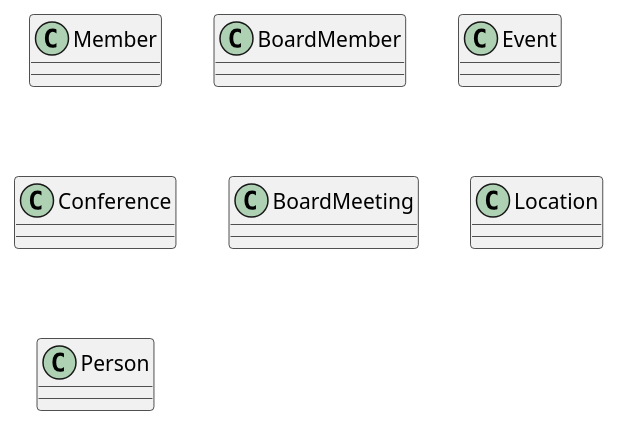
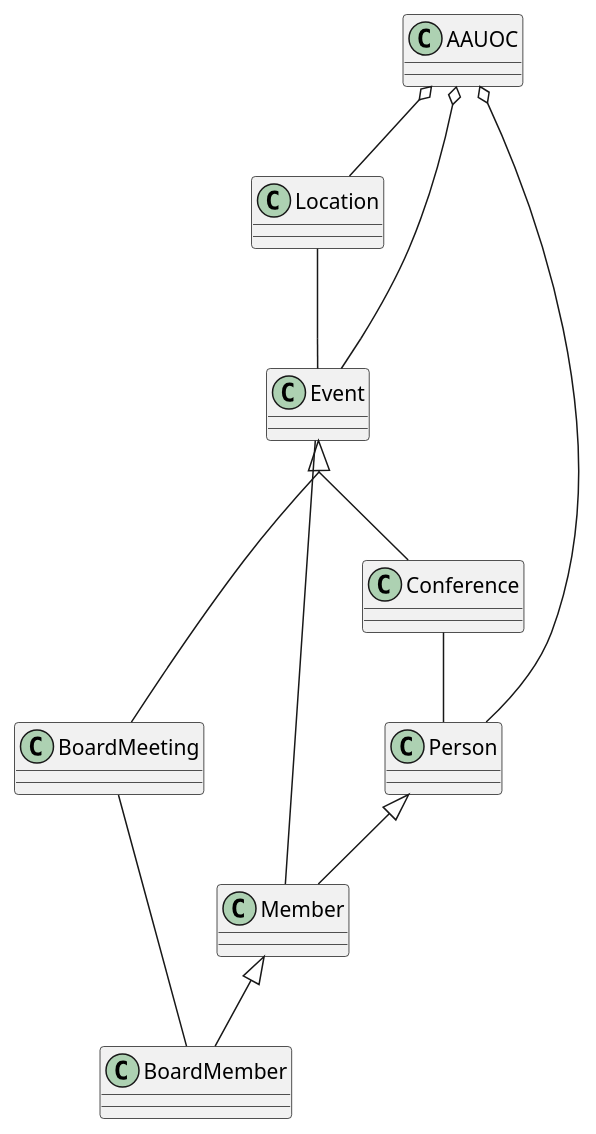
The diagram in src/DiagramasUMLClases.puml (vicbermad/DiagramasUMLClases), drawn with PlantUML before and after one commit.

Commit message:
Creación del modelo de datos.

```diff
--- a/src/DiagramasUMLClases.puml
+++ b/src/DiagramasUMLClases.puml
@@ -1,15 +1,35 @@
 @startuml
+skinparam groupInheritance 2
+
 class Member
 
 Class BoardMember
 
 Class Event
 
 Class Conference
 
 Class BoardMeeting
 
 Class Location
 
 Class Person
+
+Class AAUOC
+
+Event <|-- Conference
+Event <|-- BoardMeeting
+
+Person <|-- Member
+Member <|-- BoardMember
+
+AAUOC o-- Person
+AAUOC o-- Location
+AAUOC o-- Event
+
+Location -- Event
+Event -- Member
+
+BoardMeeting -- BoardMember
+Conference -- Person
 @enduml
```
